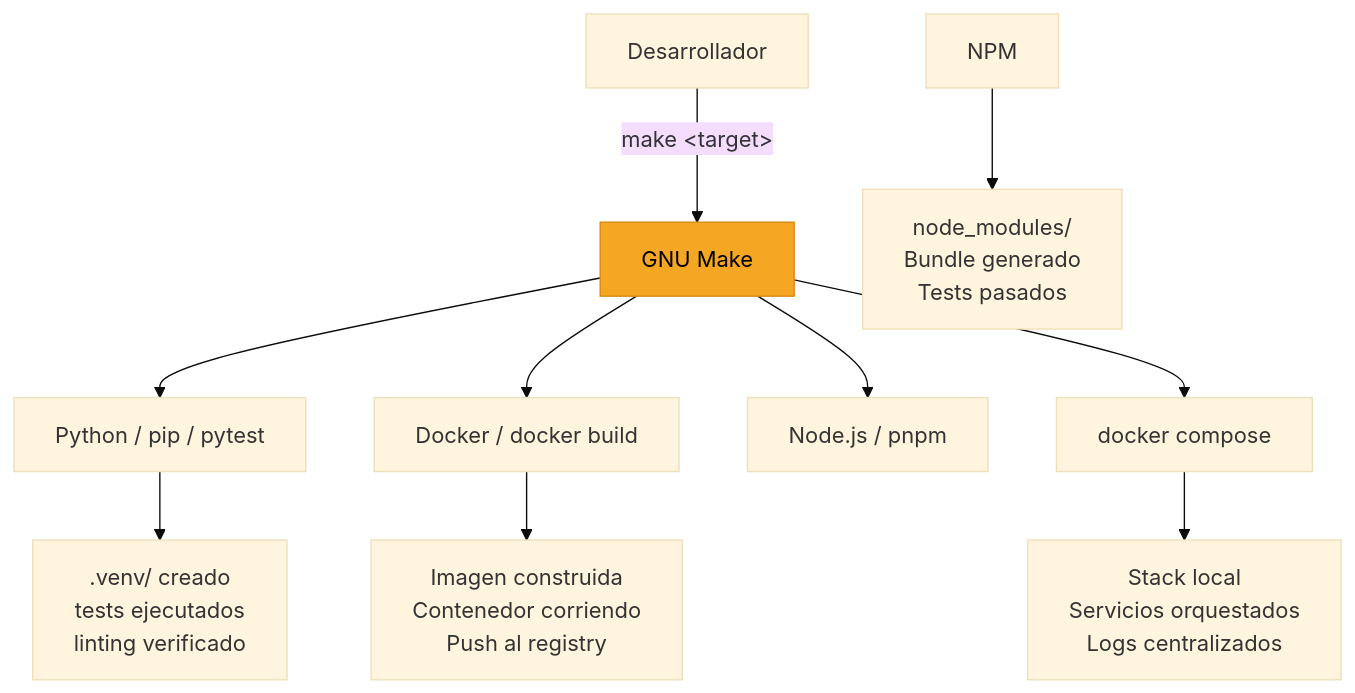
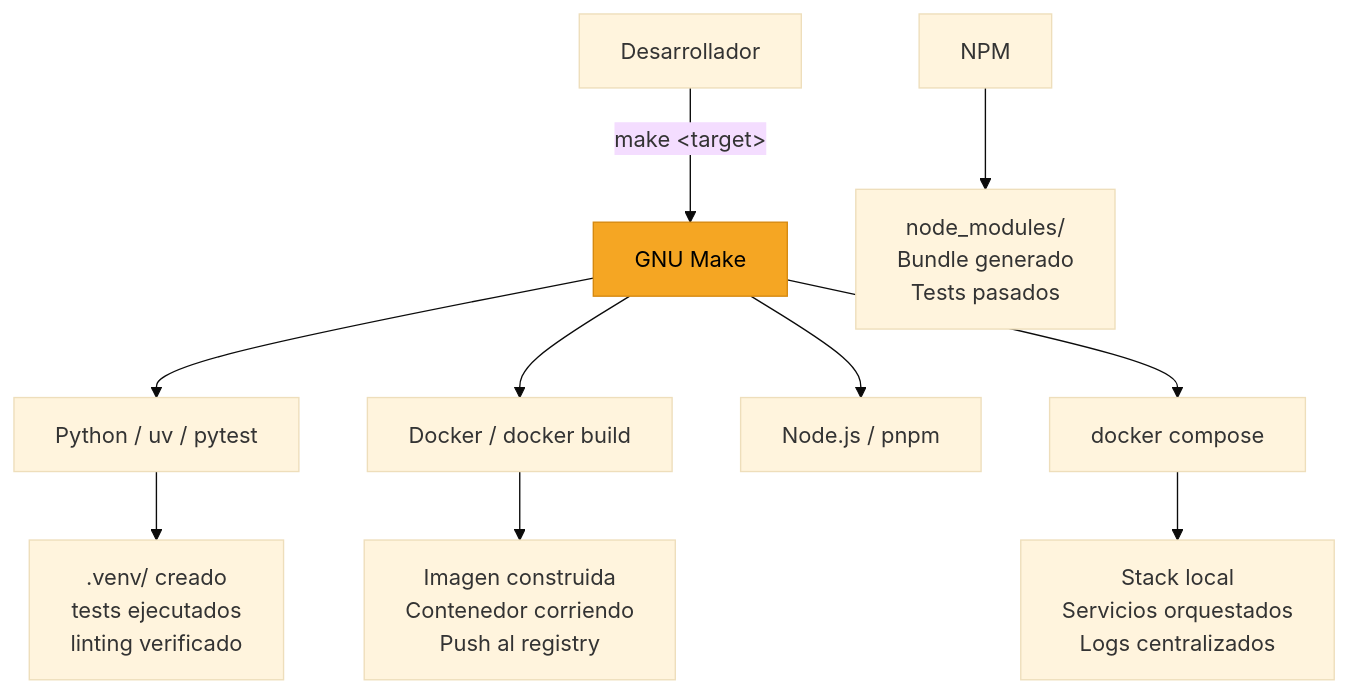
One commit to ergrato-dev/bc-makefile changed the diagram in bootcamp/week-11-makefiles_para_proyectos_modernos/0-assets/01-make-como-interfaz-universal.md. Above: the diagram before and after it, drawn with Mermaid (base theme). The commit also changed 100 other files, not shown here.

First line of the commit message:
fix(vigencia): Python con uv en todo el bootcamp, nunca pip

````diff
--- a/bootcamp/week-11-makefiles_para_proyectos_modernos/0-assets/01-make-como-interfaz-universal.md
+++ b/bootcamp/week-11-makefiles_para_proyectos_modernos/0-assets/01-make-como-interfaz-universal.md
@@ -3,16 +3,16 @@
 ```mermaid
 graph TD
     DEV[Desarrollador] -->|make &lt;target&gt;| MAKE[GNU Make]
 
-    MAKE --> PY[Python / pip / pytest]
+    MAKE --> PY[Python / uv / pytest]
     MAKE --> DOC[Docker / docker build]
     MAKE --> PNPM[Node.js / pnpm]
     MAKE --> CMP[docker compose]
 
     PY --> R1[".venv/ creado<br/>tests ejecutados<br/>linting verificado"]
     DOC --> R2["Imagen construida<br/>Contenedor corriendo<br/>Push al registry"]
     NPM --> R3["node_modules/<br/>Bundle generado<br/>Tests pasados"]
     CMP --> R4["Stack local<br/>Servicios orquestados<br/>Logs centralizados"]
 
     style MAKE fill:#f5a623,stroke:#d68910,color:#000
 ```
````
